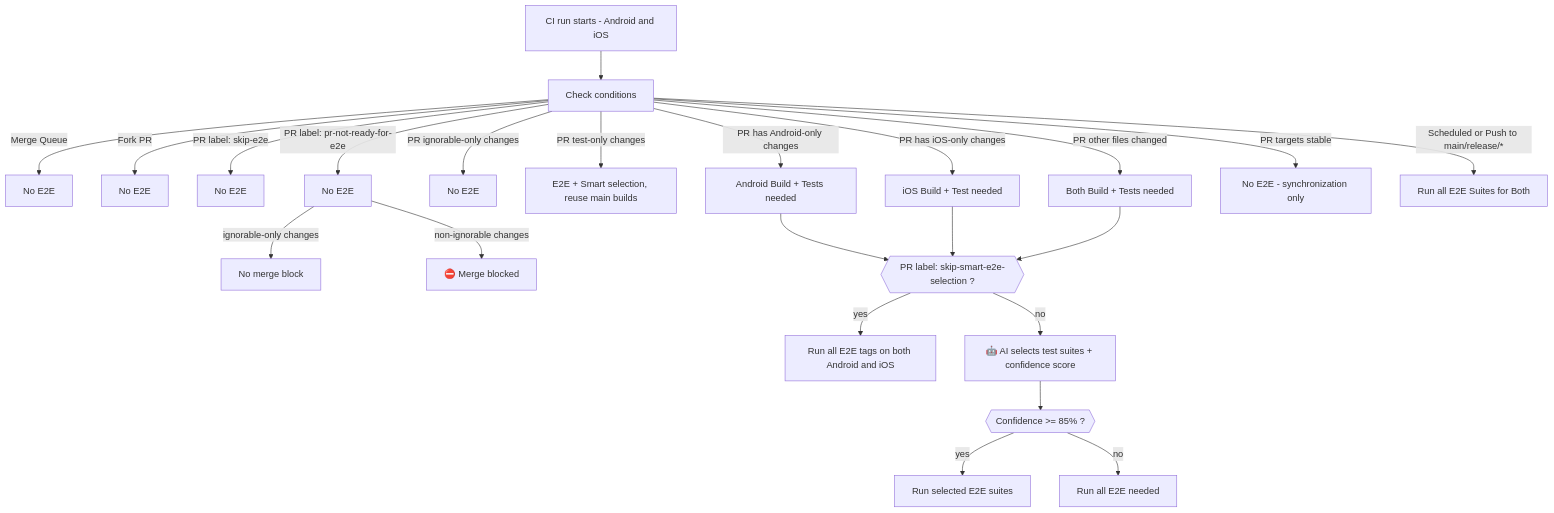
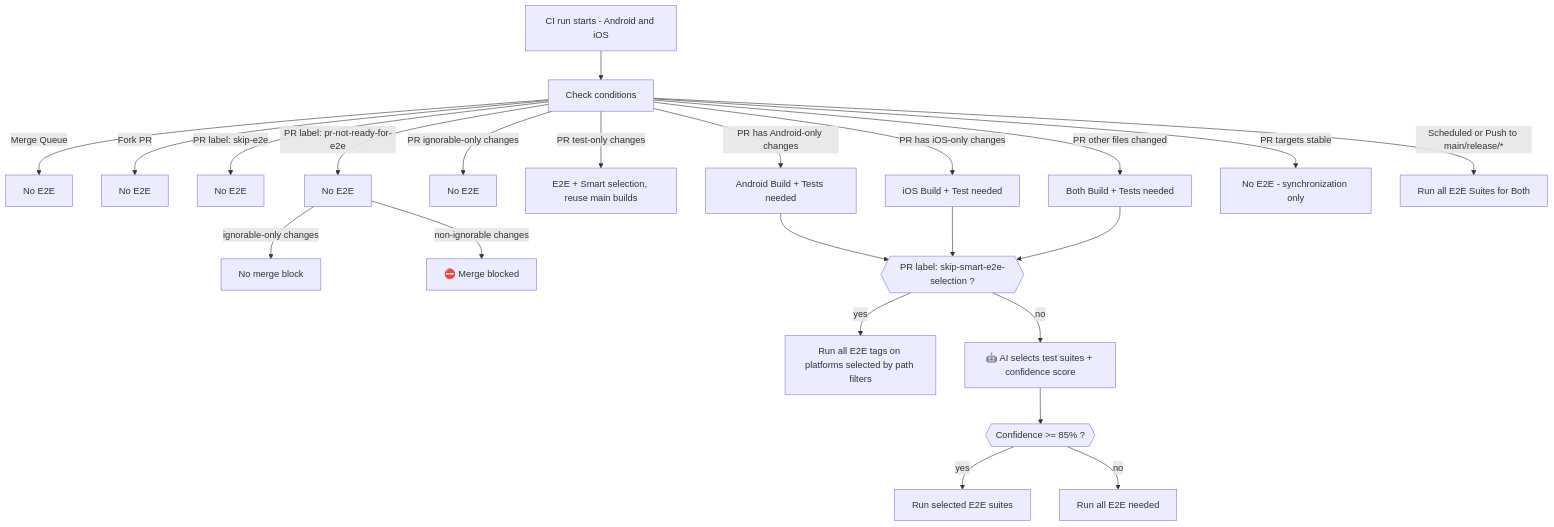
Before and after one commit to MetaMask/metamask-mobile: the diagram in .github/guidelines/E2E_DECISION_TREE.md, drawn with Mermaid. The commit also changed other lines of this file and 5 other files, not shown here.

First line of the commit message:
ci: respect path filters for skip-smart-e2e-selection platform scope

````diff
--- a/.github/guidelines/E2E_DECISION_TREE.md
+++ b/.github/guidelines/E2E_DECISION_TREE.md
@@ -5,24 +5,24 @@
 ```mermaid
 flowchart TD
     CI[CI run starts - Android and iOS] --> GR[Check conditions]
     GR -->|Merge Queue | MQ[No E2E]
     GR -->|Fork PR| FK[No E2E]
     GR -->|PR label: skip-e2e| HS[No E2E]
     GR -->|PR label: pr-not-ready-for-e2e| L2[No E2E]
     L2 -->|ignorable-only changes| NoBlock[No merge block]
     L2 -->|non-ignorable changes| Skip2[⛔️ Merge blocked]
     GR -->|PR ignorable-only changes| Ignorable[No E2E]
     GR -->|PR test-only changes| TestOnly[E2E + Smart selection, reuse main builds]
     GR -->|PR has Android-only changes| Android[Android Build + Tests needed]
     GR -->|PR has iOS-only changes| iOS[iOS Build + Test needed]
     GR -->|PR other files changed| Both[Both Build + Tests needed]
     GR -->|PR targets stable| StableSync[No E2E - synchronization only]
     GR -->|Scheduled or Push to main/release/*| Full[Run all E2E Suites for Both]
 
     Android & iOS & Both --> LABEL{{PR label: skip-smart-e2e-selection ?}}
-    LABEL -->|yes| AllTags[Run all E2E tags on both Android and iOS]
+    LABEL -->|yes| AllTags[Run all E2E tags on platforms selected by path filters]
     LABEL -->|no| AI[🤖 AI selects test suites + confidence score]
     AI --> CONF{{Confidence >= 85% ?}}
     CONF -->|yes| SelectedTags[Run selected E2E suites]
     CONF -->|no| AllTagsFallback[Run all E2E needed]
 ```
````
